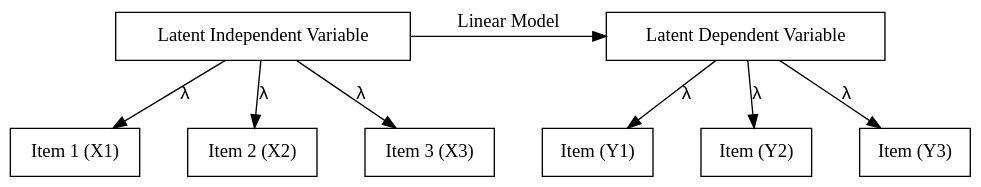
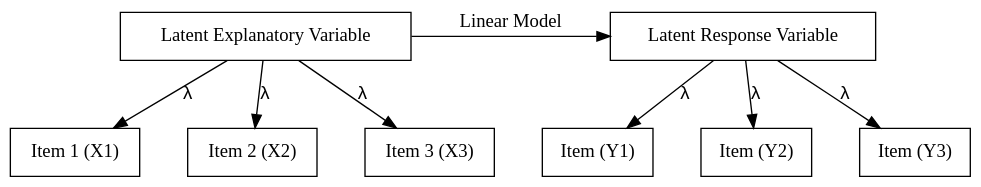
One commit to kevinli03/pspe changed the first of 2 diagrams in latent/sem.qmd. Above: the diagram before and after it, drawn with Graphviz. The commit also changed other lines of this file and 24 other files, not shown here.

````diff
--- a/latent/sem.qmd
+++ b/latent/sem.qmd
@@ -8,28 +8,28 @@
 ```{dot}
 //| fig-width: 6
 //| fig-height: 1.2
 digraph example2 {
   bgcolor="transparent";
   // Nodes
-  F1 [shape=box, pos = "0,0!", label="Latent Independent Variable"]
+  F1 [shape=box, pos = "0,0!", label="Latent Explanatory Variable"]
   X1 [shape=box, pos = "2,0!", label="Item 1 (X1)"]
   X2 [shape=box, pos = "1,-2!", label="Item 2 (X2)"]
   X3 [shape=box, pos="1,0!", label="Item 3 (X3)"]
-  F2 [shape=box, pos = "0,0!", label="Latent Dependent Variable"]
+  F2 [shape=box, pos = "0,0!", label="Latent Response Variable"]
   X4 [shape=box, pos = "2,0!", label="Item (Y1)"]
   X5 [shape=box, pos = "1,-2!", label="Item (Y2)"]
   X6 [shape=box, pos="1,0!", label="Item (Y3)"]
 
   // Edges
   {F1 -> X1 [label=<<FONT FACE="Arial">&lambda;</FONT>>]}
   {F1 -> X2 [label=<<FONT FACE="Arial">&lambda;</FONT>>]}
   {F1 -> X3 [label=<<FONT FACE="Arial">&lambda;</FONT>>]}
   {F2 -> X4 [label=<<FONT FACE="Arial">&lambda;</FONT>>]}
   {F2 -> X5 [label=<<FONT FACE="Arial">&lambda;</FONT>>]}
   {F2 -> X6 [label=<<FONT FACE="Arial">&lambda;</FONT>>]}
   {rank=same; F1 -> F2 [label="Linear Model"]}
   
   graph [nodesep=0.5, ranksep=0.5]
 
 }
 ```
````
